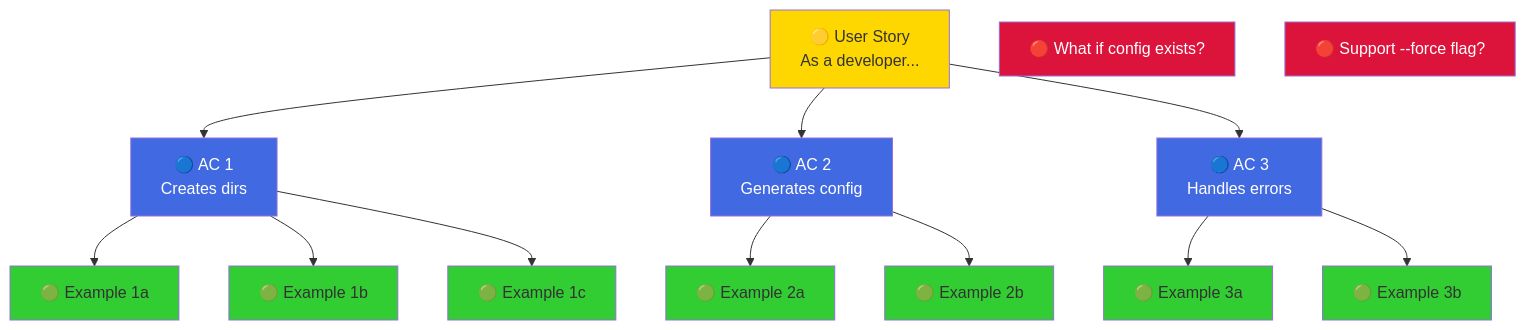
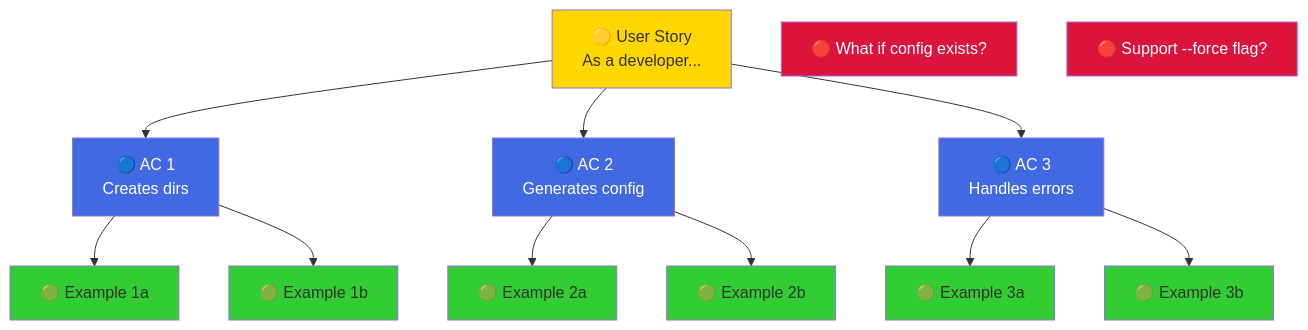
The first of 2 diagrams in docs/explanation/specifications/example-mapping.md (ready-to-release/eac), drawn with Mermaid before and after one commit. The commit also changed other lines of this file and 10 other files, not shown here.

````diff
--- a/docs/explanation/specifications/example-mapping.md
+++ b/docs/explanation/specifications/example-mapping.md
@@ -425,35 +82,33 @@
 ```mermaid
 flowchart TD
     Yellow["🟡 User Story<br/>As a developer..."]
 
     Yellow --> Blue1["🔵 AC 1<br/>Creates dirs"]
     Yellow --> Blue2["🔵 AC 2<br/>Generates config"]
     Yellow --> Blue3["🔵 AC 3<br/>Handles errors"]
 
     Blue1 --> Green1a["🟢 Example 1a"]
     Blue1 --> Green1b["🟢 Example 1b"]
-    Blue1 --> Green1c["🟢 Example 1c"]
 
     Blue2 --> Green2a["🟢 Example 2a"]
     Blue2 --> Green2b["🟢 Example 2b"]
 
     Blue3 --> Green3a["🟢 Example 3a"]
     Blue3 --> Green3b["🟢 Example 3b"]
 
     Red1["🔴 What if config exists?"]
     Red2["🔴 Support --force flag?"]
 
     style Yellow fill:#FFD700
     style Blue1 fill:#4169E1,color:#fff
     style Blue2 fill:#4169E1,color:#fff
     style Blue3 fill:#4169E1,color:#fff
     style Green1a fill:#32CD32
     style Green1b fill:#32CD32
-    style Green1c fill:#32CD32
     style Green2a fill:#32CD32
     style Green2b fill:#32CD32
     style Green3a fill:#32CD32
     style Green3b fill:#32CD32
     style Red1 fill:#DC143C,color:#fff
     style Red2 fill:#DC143C,color:#fff
 ```
````
